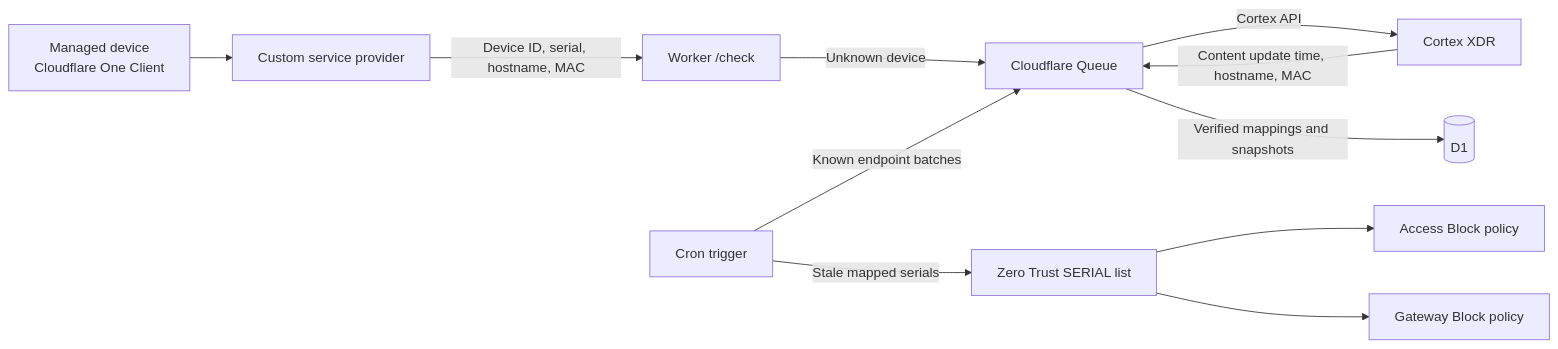
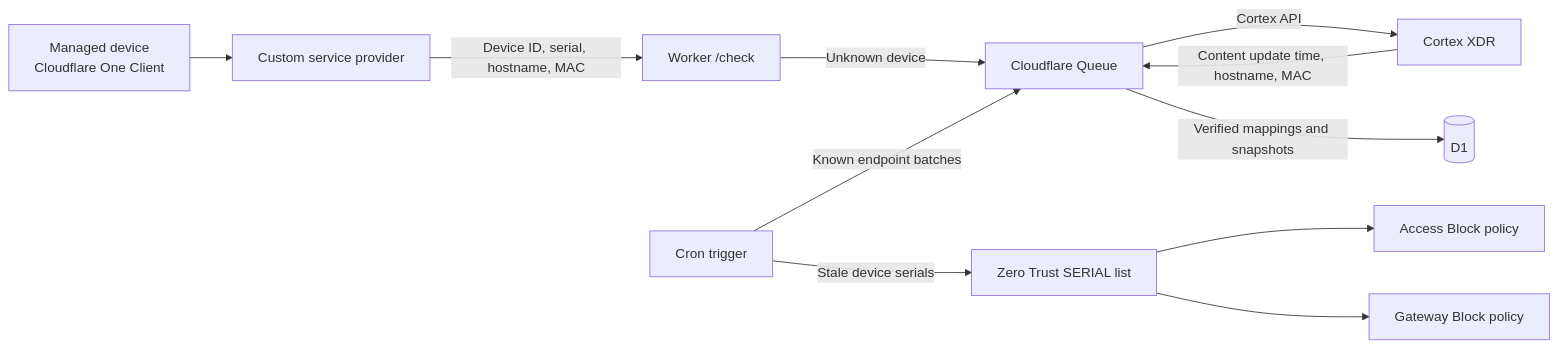
The diagram in README.md (pongpisit/cloudflare-cortex-posture-worker), drawn with Mermaid before and after one commit. The commit also changed other lines of this file and 10 other files, not shown here.

````diff
--- a/README.md
+++ b/README.md
@@ -59,13 +45,13 @@
 ```mermaid
 flowchart LR
   D[Managed device<br/>Cloudflare One Client] --> CP[Custom service provider]
   CP -->|Device ID, serial, hostname, MAC| W[Worker /check]
   W -->|Unknown device| Q[Cloudflare Queue]
   C[Cron trigger] -->|Known endpoint batches| Q
   Q -->|Cortex API| X[Cortex XDR]
   X -->|Content update time, hostname, MAC| Q
   Q -->|Verified mappings and snapshots| DB[(D1)]
-  C -->|Stale mapped serials| L[Zero Trust SERIAL list]
+  C -->|Stale device serials| L[Zero Trust SERIAL list]
   L --> A[Access Block policy]
   L --> G[Gateway Block policy]
 ```
````
